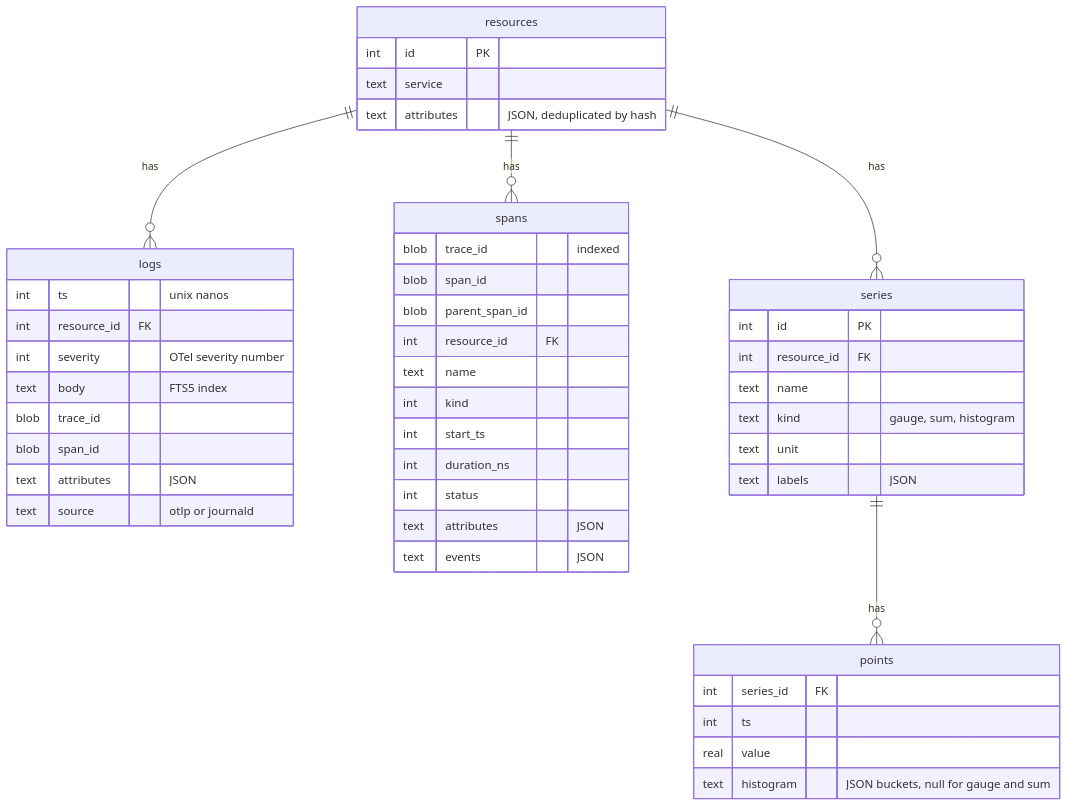
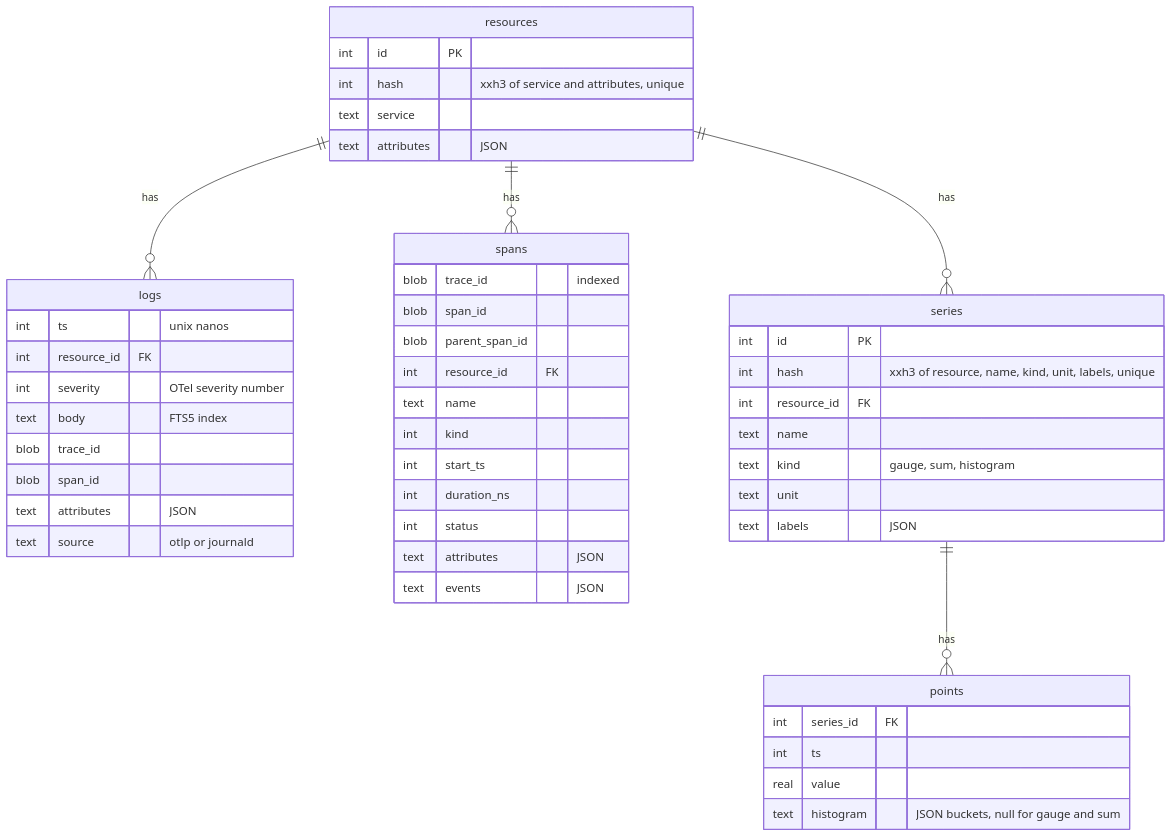
The second of 2 diagrams in docs/telemetry.md (sukovanej/otelo), drawn with Mermaid before and after one commit.

Commit message:
doc telemetry: edit
Via: claude-code

````diff
--- a/docs/telemetry.md
+++ b/docs/telemetry.md
@@ -37,49 +37,51 @@
 ```mermaid
 erDiagram
   resources ||--o{ logs : has
   resources ||--o{ spans : has
   resources ||--o{ series : has
   series ||--o{ points : has
   resources {
     int id PK
+    int hash "xxh3 of service and attributes, unique"
     text service
-    text attributes "JSON, deduplicated by hash"
+    text attributes "JSON"
   }
   logs {
     int ts "unix nanos"
     int resource_id FK
     int severity "OTel severity number"
     text body "FTS5 index"
     blob trace_id
     blob span_id
     text attributes "JSON"
     text source "otlp or journald"
   }
   spans {
     blob trace_id "indexed"
     blob span_id
     blob parent_span_id
     int resource_id FK
     text name
     int kind
     int start_ts
     int duration_ns
     int status
     text attributes "JSON"
     text events "JSON"
   }
   series {
     int id PK
+    int hash "xxh3 of resource, name, kind, unit, labels, unique"
     int resource_id FK
     text name
     text kind "gauge, sum, histogram"
     text unit
     text labels "JSON"
   }
   points {
     int series_id FK
     int ts
     real value
     text histogram "JSON buckets, null for gauge and sum"
   }
 ```
````
